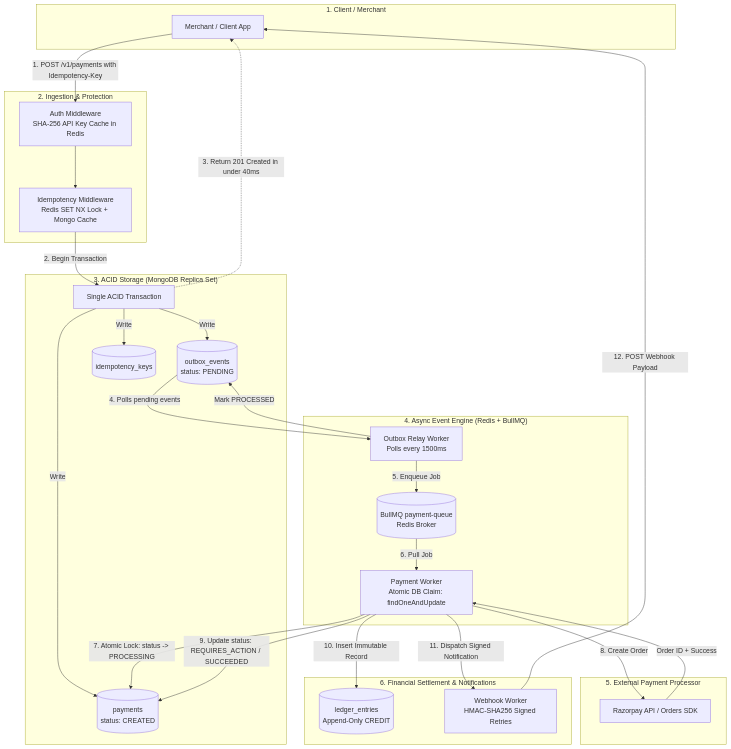
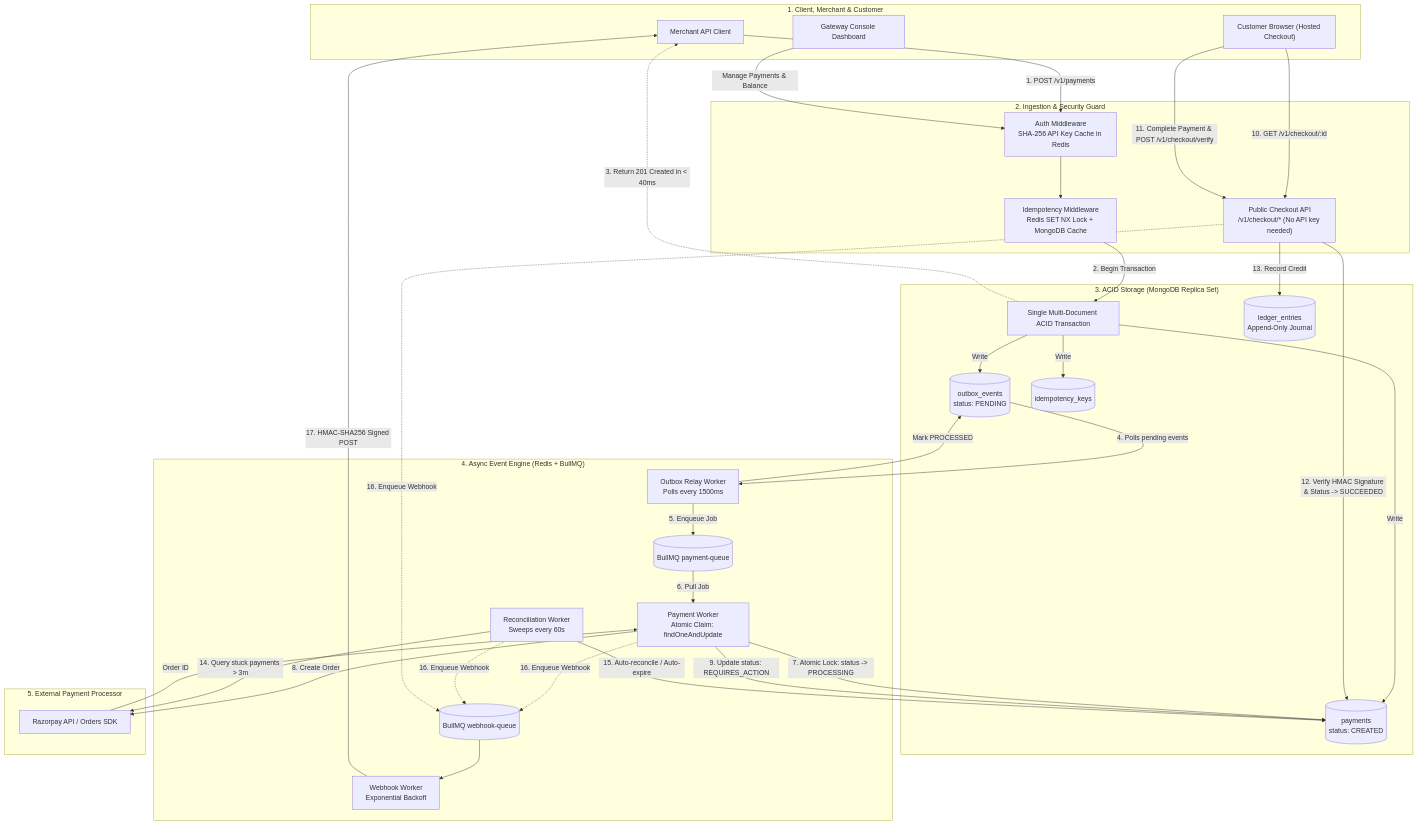
Before and after one commit to buildwithrishabh/Event-Driven-Payment-Gateway: the first of 3 diagrams in ARCHITECTURE.md, drawn with Mermaid. The commit also changed other lines of this file and 1 other file, not shown here.

Commit message:
docs: update README and ARCHITECTURE with checkout engine, reconciliation worker, and complete api references

````diff
--- a/ARCHITECTURE.md
+++ b/ARCHITECTURE.md
@@ -23,56 +25,67 @@
 ```mermaid
 flowchart TD
-    subgraph ClientLayer["1. Client / Merchant"]
-        Client["Merchant / Client App"]
+    subgraph ClientLayer["1. Client, Merchant & Customer"]
+        Merchant["Merchant API Client"]
+        Dashboard["Gateway Console Dashboard"]
+        Customer["Customer Browser (Hosted Checkout)"]
     end
 
-    subgraph Gateway["2. Ingestion & Protection"]
+    subgraph Ingestion["2. Ingestion & Security Guard"]
         Auth["Auth Middleware<br/>SHA-256 API Key Cache in Redis"]
-        Idem["Idempotency Middleware<br/>Redis SET NX Lock + Mongo Cache"]
+        Idem["Idempotency Middleware<br/>Redis SET NX Lock + MongoDB Cache"]
+        PublicCheckout["Public Checkout API<br/>/v1/checkout/* (No API key needed)"]
     end
 
     subgraph Storage["3. ACID Storage (MongoDB Replica Set)"]
-        Tx["Single ACID Transaction"]
+        Tx["Single Multi-Document ACID Transaction"]
         PaymentsCol[("payments<br/>status: CREATED")]
         OutboxCol[("outbox_events<br/>status: PENDING")]
         IdemCol[("idempotency_keys")]
+        LedgerCol[("ledger_entries<br/>Append-Only Journal")]
     end
 
     subgraph AsyncEngine["4. Async Event Engine (Redis + BullMQ)"]
         OutboxRelay["Outbox Relay Worker<br/>Polls every 1500ms"]
-        Queue[("BullMQ payment-queue<br/>Redis Broker")]
-        Worker["Payment Worker<br/>Atomic DB Claim: findOneAndUpdate"]
+        PaymentQueue[("BullMQ payment-queue")]
+        Worker["Payment Worker<br/>Atomic Claim: findOneAndUpdate"]
+        Reconciler["Reconciliation Worker<br/>Sweeps every 60s"]
+        WebhookQueue[("BullMQ webhook-queue")]
+        WebhookWorker["Webhook Worker<br/>Exponential Backoff"]
     end
 
     subgraph External["5. External Payment Processor"]
         Razorpay["Razorpay API / Orders SDK"]
     end
 
-    subgraph Settlement["6. Financial Settlement & Notifications"]
-        Ledger[("ledger_entries<br/>Append-Only CREDIT")]
-        Webhooks["Webhook Worker<br/>HMAC-SHA256 Signed Retries"]
-    end
-
-    %% Flow Connections
-    Client -->|1. POST /v1/payments with Idempotency-Key| Auth
+    %% Flows
+    Merchant -->|1. POST /v1/payments| Auth
+    Dashboard -->|Manage Payments & Balance| Auth
     Auth --> Idem
     Idem -->|2. Begin Transaction| Tx
     Tx -->|Write| PaymentsCol
     Tx -->|Write| OutboxCol
     Tx -->|Write| IdemCol
-    Tx -.->|3. Return 201 Created in under 40ms| Client
+    Tx -.->|3. Return 201 Created in < 40ms| Merchant
 
     OutboxCol -->|4. Polls pending events| OutboxRelay
-    OutboxRelay -->|5. Enqueue Job| Queue
+    OutboxRelay -->|5. Enqueue Job| PaymentQueue
     OutboxRelay -->|Mark PROCESSED| OutboxCol
 
-    Queue -->|6. Pull Job| Worker
+    PaymentQueue -->|6. Pull Job| Worker
     Worker -->|7. Atomic Lock: status -> PROCESSING| PaymentsCol
     Worker -->|8. Create Order| Razorpay
-    Razorpay -->|Order ID + Success| Worker
-    Worker -->|9. Update status: REQUIRES_ACTION / SUCCEEDED| PaymentsCol
+    Razorpay -->|Order ID| Worker
+    Worker -->|9. Update status: REQUIRES_ACTION| PaymentsCol
 
-    Worker -->|10. Insert Immutable Record| Ledger
-    Worker -->|11. Dispatch Signed Notification| Webhooks
-    Webhooks -->|12. POST Webhook Payload| Client
+    Customer -->|10. GET /v1/checkout/:id| PublicCheckout
+    Customer -->|11. Complete Payment & POST /v1/checkout/verify| PublicCheckout
+    PublicCheckout -->|12. Verify HMAC Signature & Status -> SUCCEEDED| PaymentsCol
+    PublicCheckout -->|13. Record Credit| LedgerCol
+
+    Reconciler -->|14. Query stuck payments > 3m| Razorpay
+    Reconciler -->|15. Auto-reconcile / Auto-expire| PaymentsCol
+
+    Worker & Reconciler & PublicCheckout -.->|16. Enqueue Webhook| WebhookQueue
+    WebhookQueue --> WebhookWorker
+    WebhookWorker -->|17. HMAC-SHA256 Signed POST| Merchant
 ```
````
